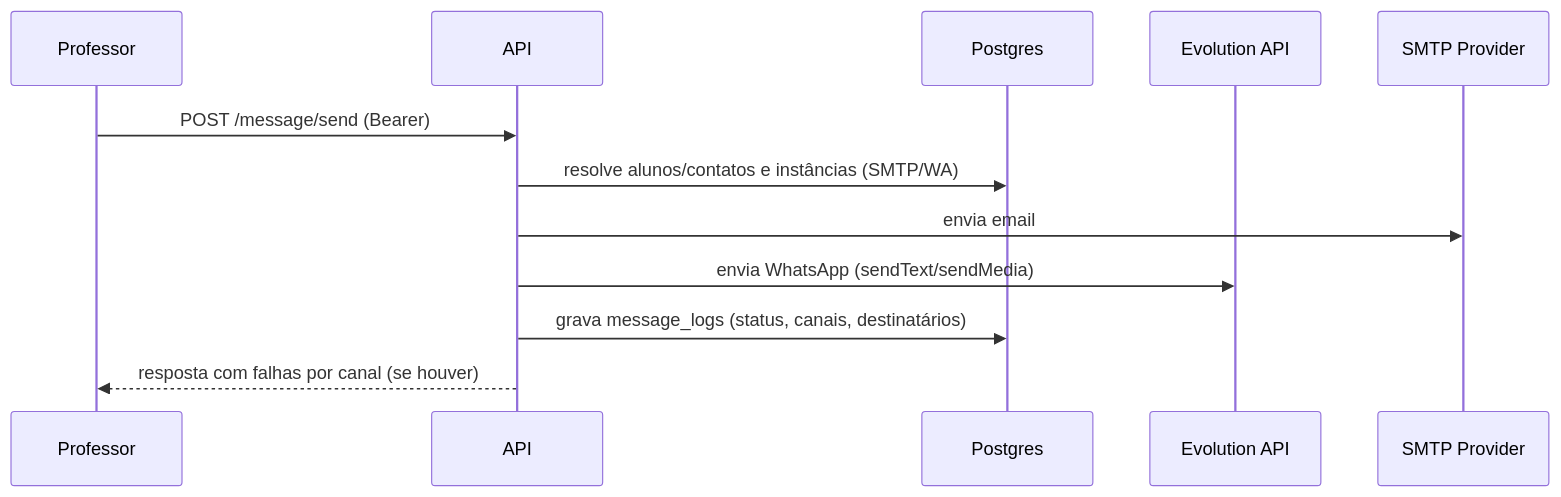
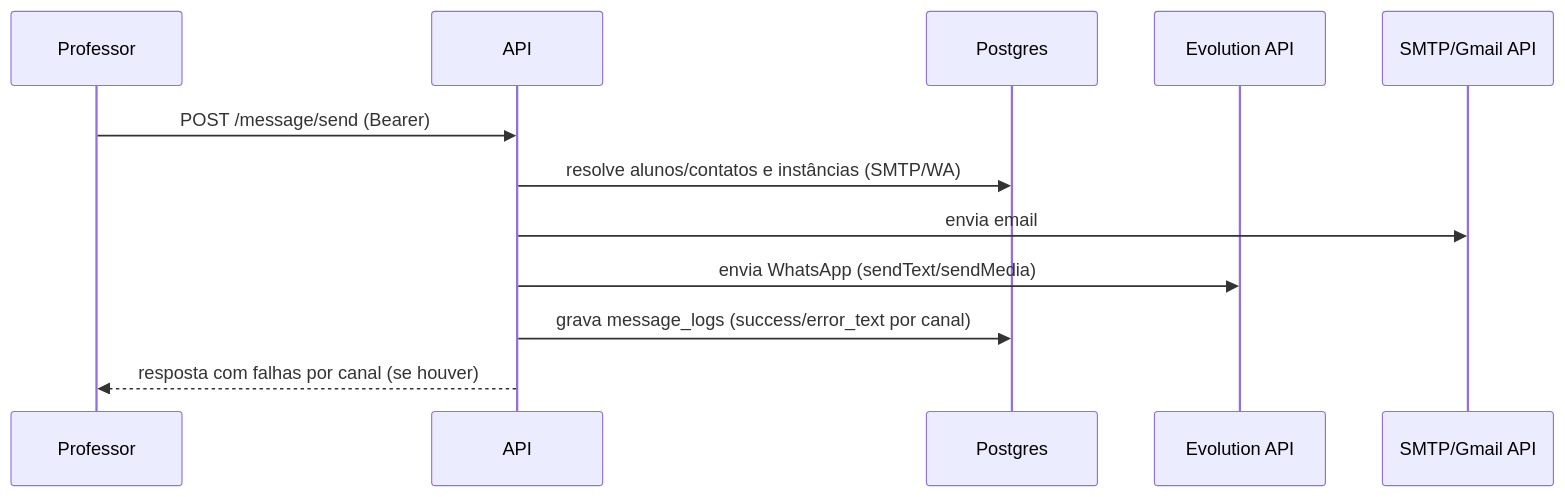
One commit to ThalysSilva/unicast-backend changed the third of 8 diagrams in README.md. Above: the diagram before and after it, drawn with Mermaid. The commit also changed other lines of this file, not shown here.

````diff
--- a/README.md
+++ b/README.md
@@ -161,15 +161,15 @@
 ```mermaid
 sequenceDiagram
     participant Professor
     participant API
     participant DB as Postgres
     participant Evo as Evolution API
-    participant Mail as SMTP Provider
+    participant Mail as SMTP/Gmail API
 
     Professor->>API: POST /message/send (Bearer)
     API->>DB: resolve alunos/contatos e instâncias (SMTP/WA)
     API->>Mail: envia email
     API->>Evo: envia WhatsApp (sendText/sendMedia)
-    API->>DB: grava message_logs (status, canais, destinatários)
+    API->>DB: grava message_logs (success/error_text por canal)
     API-->>Professor: resposta com falhas por canal (se houver)
 ```
````
